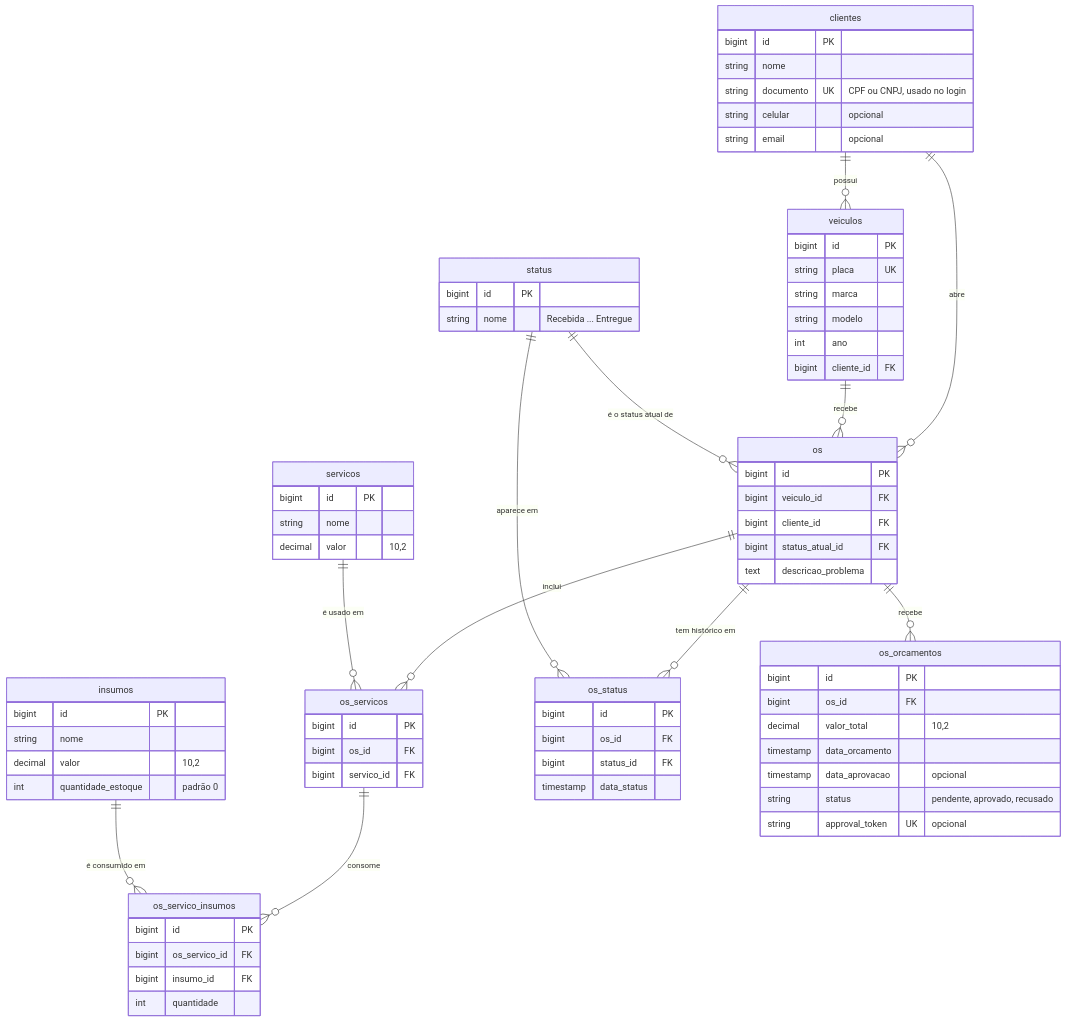
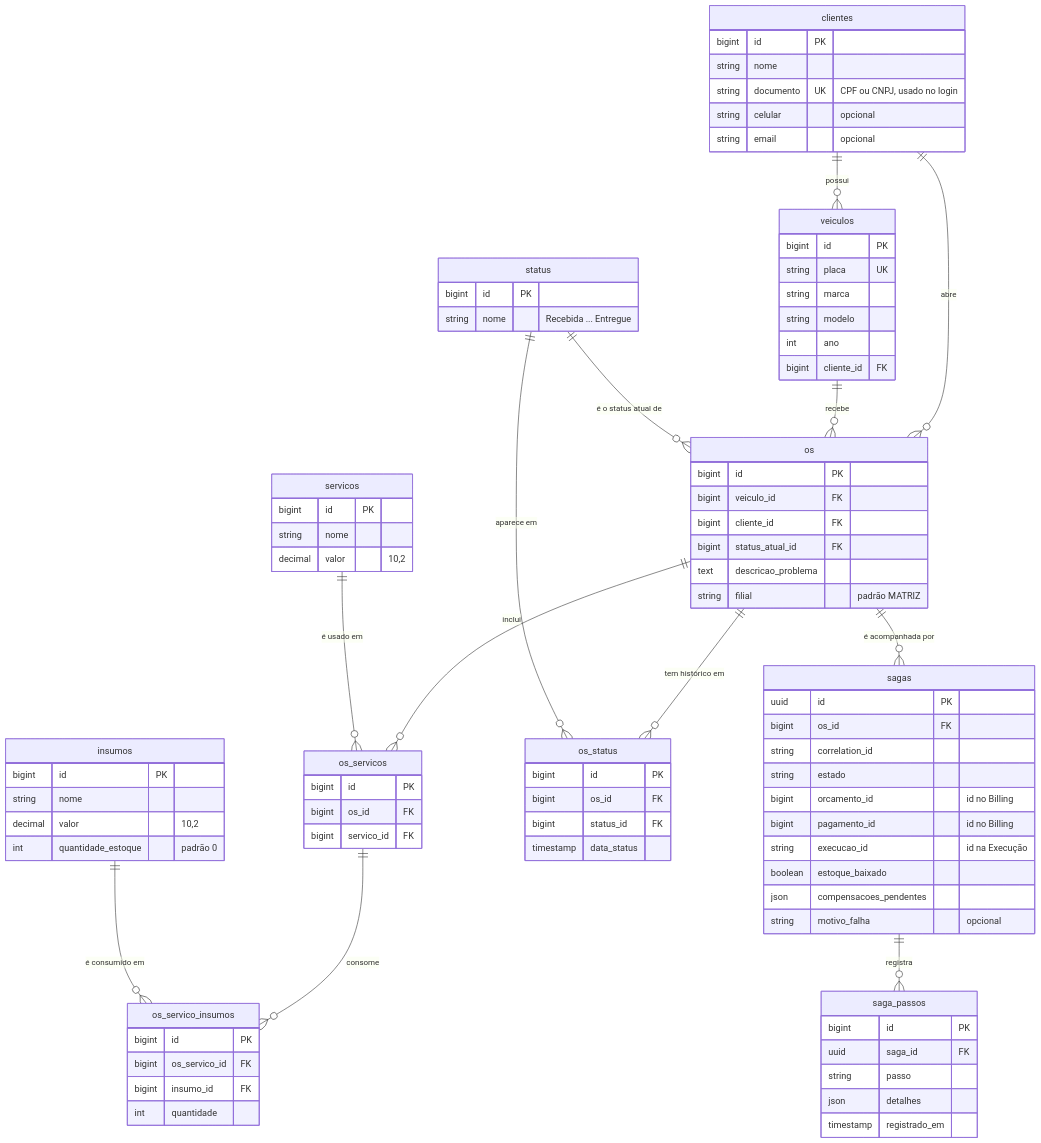
One commit to Lorenalgm/oficina_mecanica changed the diagram in docs/arquitetura/modelo-de-dados.md. Above: the diagram before and after it, drawn with Mermaid. The commit also changed other lines of this file and 3 other files, not shown here.

Commit message:
docs: Diagramas de arquitetura atualizados para a Fase 4

````diff
--- a/docs/arquitetura/modelo-de-dados.md
+++ b/docs/arquitetura/modelo-de-dados.md
@@ -23,7 +26,8 @@
   insumos     ||--o{ os_servico_insumos : "é consumido em"
   os       ||--o{ os_status : "tem histórico em"
   status   ||--o{ os_status : "aparece em"
-  os       ||--o{ os_orcamentos : "recebe"
+  os       ||--o{ sagas : "é acompanhada por"
+  sagas    ||--o{ saga_passos : "registra"
 
   clientes {
     bigint id PK
@@ -61,6 +65,7 @@
     bigint cliente_id FK
     bigint status_atual_id FK
     text   descricao_problema
+    string filial "padrão MATRIZ"
   }
   os_servicos {
     bigint id PK
@@ -79,13 +84,23 @@
     bigint    status_id FK
     timestamp data_status
   }
-  os_orcamentos {
+  sagas {
+    uuid    id PK
+    bigint  os_id FK
+    string  correlation_id
+    string  estado
+    bigint  orcamento_id "id no Billing"
+    bigint  pagamento_id "id no Billing"
+    string  execucao_id "id na Execução"
+    boolean estoque_baixado
+    json    compensacoes_pendentes
+    string  motivo_falha "opcional"
+  }
+  saga_passos {
     bigint    id PK
-    bigint    os_id FK
-    decimal   valor_total "10,2"
-    timestamp data_orcamento
-    timestamp data_aprovacao "opcional"
-    string    status "pendente, aprovado, recusado"
-    string    approval_token UK "opcional"
+    uuid      saga_id FK
+    string    passo
+    json      detalhes
+    timestamp registrado_em
   }
 ```
````
